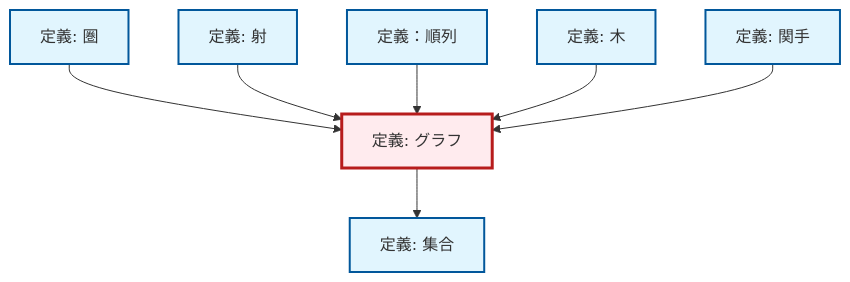
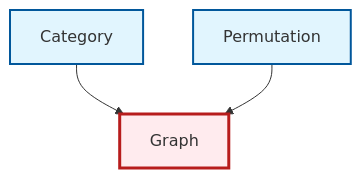
Before and after one commit to RK0429/ModernMath: the diagram in content/ja/combinatorics/def-graph.qmd, drawn with Mermaid. The commit also changed 328 other files, not shown here.

````diff
--- a/content/ja/combinatorics/def-graph.qmd
+++ b/content/ja/combinatorics/def-graph.qmd
@@ -94,29 +94,17 @@
 ```{mermaid}
 %%| fig-cap: "ローカル依存関係グラフ"
 graph TD
     classDef definition fill:#e1f5fe,stroke:#01579b,stroke-width:2px
     classDef theorem fill:#f3e5f5,stroke:#4a148c,stroke-width:2px
     classDef axiom fill:#fff3e0,stroke:#e65100,stroke-width:2px
     classDef example fill:#e8f5e9,stroke:#1b5e20,stroke-width:2px
     classDef current fill:#ffebee,stroke:#b71c1c,stroke-width:3px
-    def-set["定義: 集合"]:::definition
-    def-tree["定義: 木"]:::definition
-    def-morphism["定義: 射"]:::definition
-    def-permutation["定義：順列"]:::definition
-    def-category["定義: 圏"]:::definition
-    def-functor["定義: 関手"]:::definition
-    def-graph["定義: グラフ"]:::definition
-    def-graph --> def-set
+    def-category["Category"]:::definition
+    def-graph["Graph"]:::definition
+    def-permutation["Permutation"]:::definition
     def-category --> def-graph
-    def-morphism --> def-graph
     def-permutation --> def-graph
-    def-tree --> def-graph
-    def-functor --> def-graph
     class def-graph current
-    click def-set "def-set.html" "集合の定義へ"
-    click def-tree "def-tree.html" "木の定義へ"
-    click def-morphism "def-morphism.html" "射の定義へ"
-    click def-permutation "def-permutation.html" "定義：順列へ"
-    click def-category "def-category.html" "圏の定義へ"
-    click def-functor "def-functor.html" "関手の定義へ"
+    click def-category "def-category.html" "Categoryへ"
+    click def-permutation "def-permutation.html" "Permutationへ"
 ```
````
